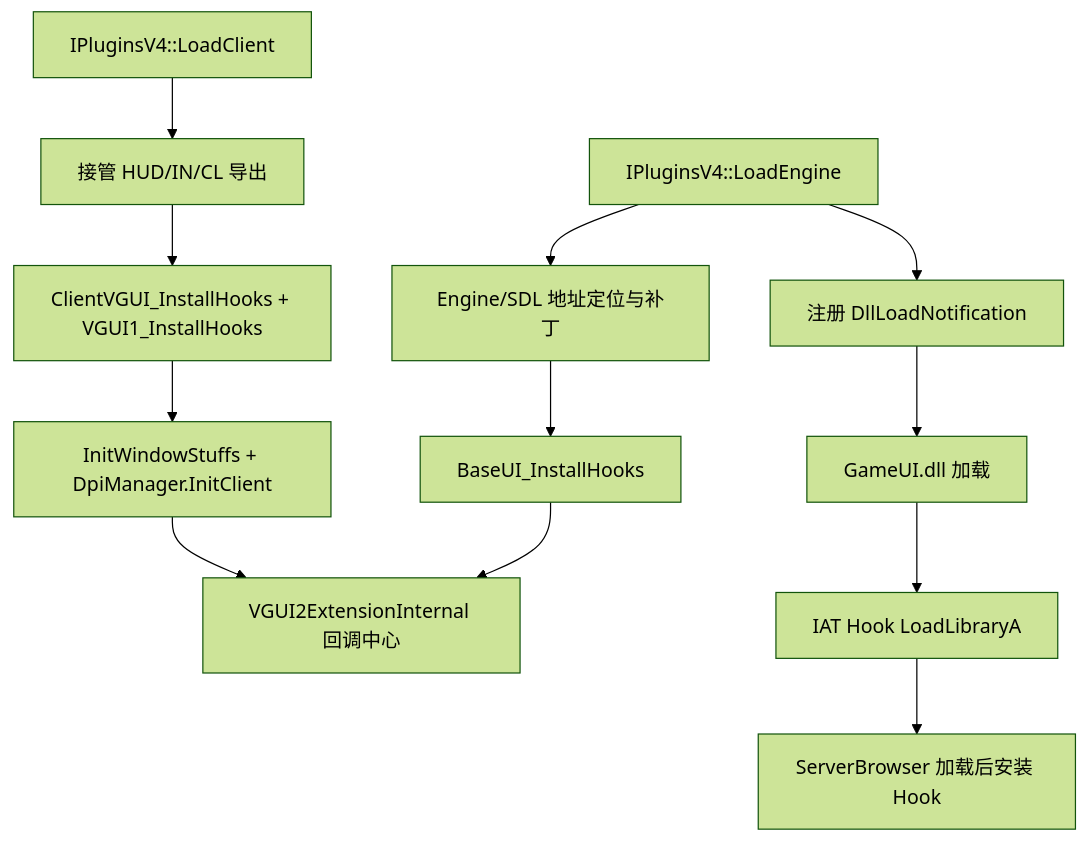
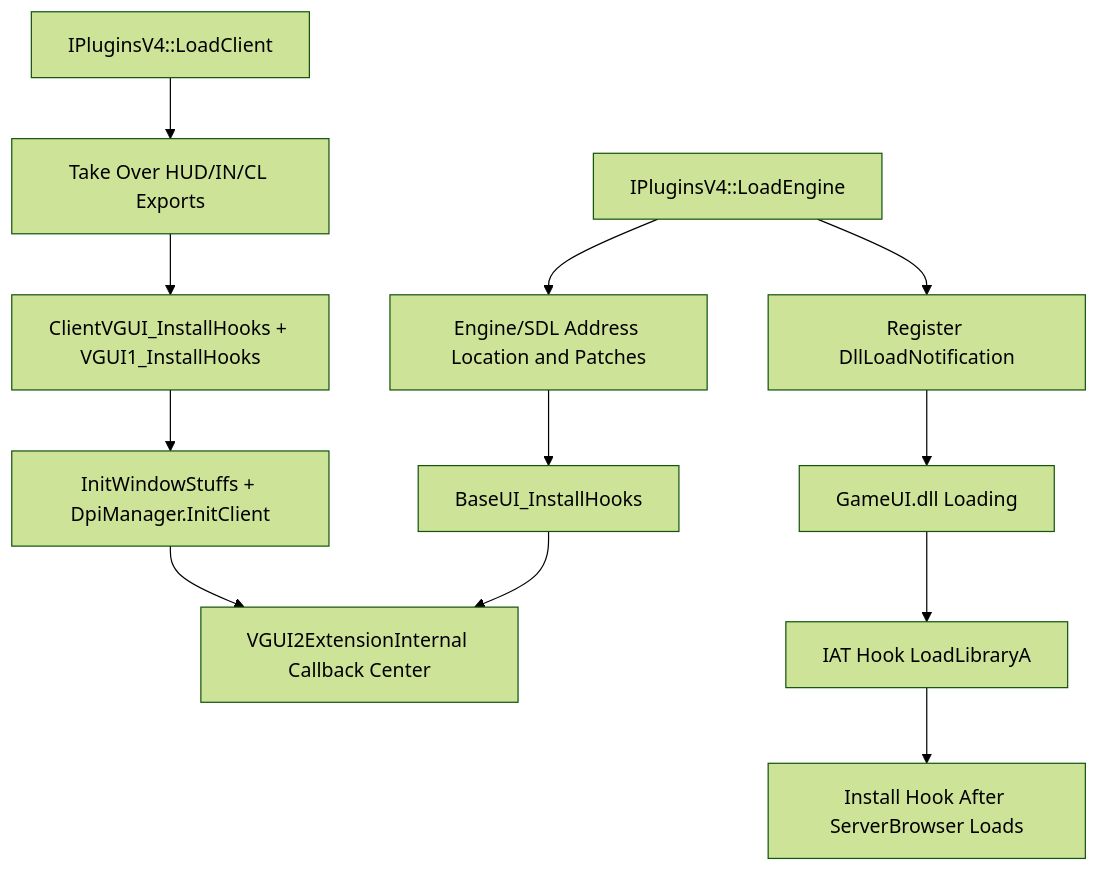
Before and after one commit to hzqst/MetaHookSv: the diagram in memory/VGUI2Extension.md, drawn with Mermaid (forest theme). The commit also changed other lines of this file and 47 other files, not shown here.

````diff
--- a/memory/VGUI2Extension.md
+++ b/memory/VGUI2Extension.md
@@ -61,15 +61,15 @@
 ```mermaid
 flowchart TD
-  A[IPluginsV4::LoadEngine] --> B[Engine/SDL 地址定位与补丁]
+  A[IPluginsV4::LoadEngine] --> B[Engine/SDL Address Location and Patches]
   B --> C[BaseUI_InstallHooks]
-  C --> D[VGUI2ExtensionInternal 回调中心]
-  A --> E[注册 DllLoadNotification]
-  E --> F[GameUI.dll 加载]
+  C --> D[VGUI2ExtensionInternal Callback Center]
+  A --> E[Register DllLoadNotification]
+  E --> F[GameUI.dll Loading]
   F --> G[IAT Hook LoadLibraryA]
-  G --> H[ServerBrowser 加载后安装 Hook]
+  G --> H[Install Hook After ServerBrowser Loads]
 
-  I[IPluginsV4::LoadClient] --> J[接管 HUD/IN/CL 导出]
+  I[IPluginsV4::LoadClient] --> J[Take Over HUD/IN/CL Exports]
   J --> K[ClientVGUI_InstallHooks + VGUI1_InstallHooks]
   K --> L[InitWindowStuffs + DpiManager.InitClient]
   L --> D
 ```
````
